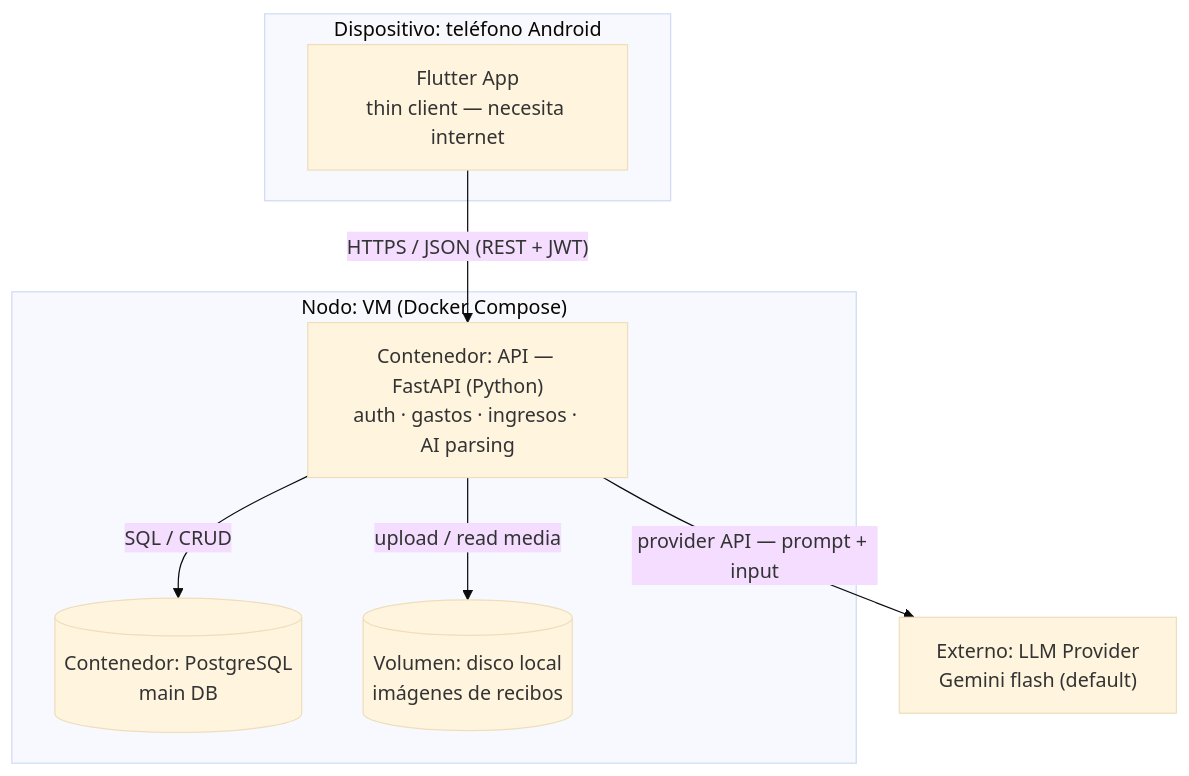
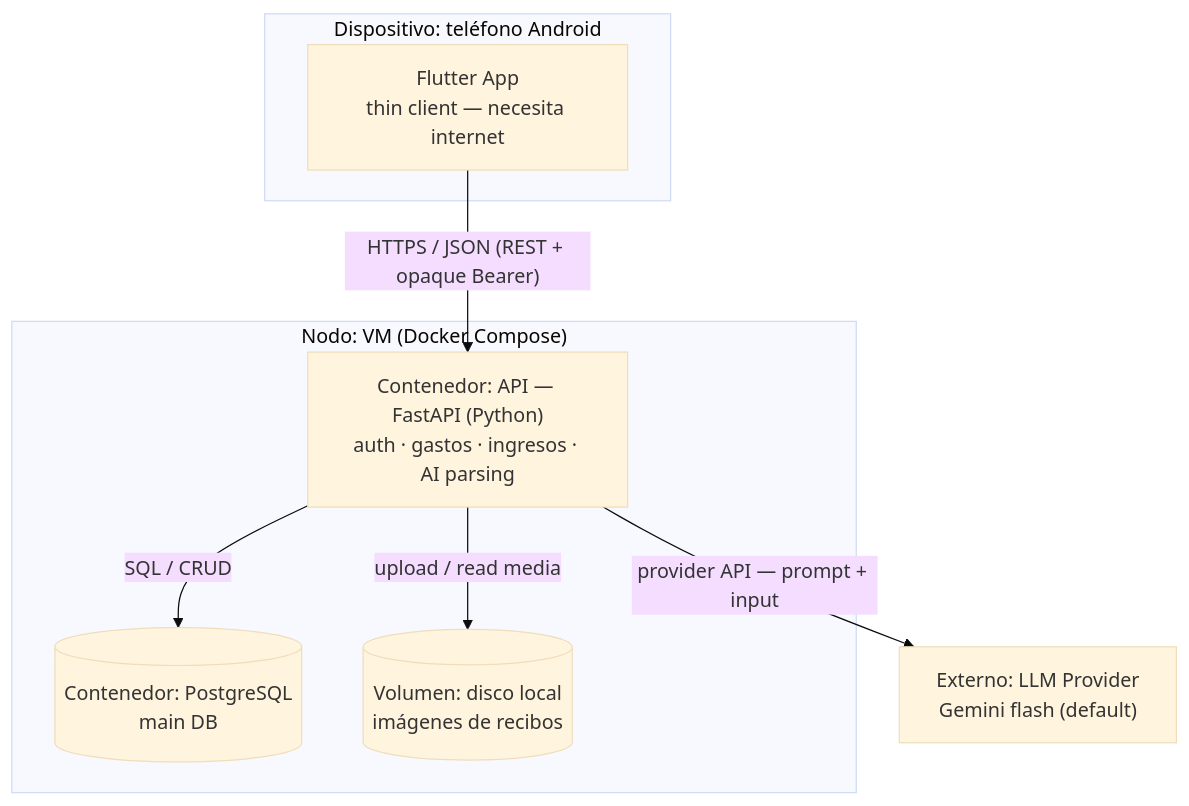
The fifth of 8 diagrams in docs/UML.md (NullCorvus/finance-ai), drawn with Mermaid (base theme) before and after one commit. The commit also changed other lines of this file and 4 other files, not shown here.

Commit message:
docs: reconcile technical architecture with implemented services

````diff
--- a/docs/UML.md
+++ b/docs/UML.md
@@ -201,19 +217,19 @@
 ```mermaid
 flowchart TD
     subgraph DevicePhone["Dispositivo: teléfono Android"]
         App["Flutter App<br/>thin client — necesita internet"]
     end
 
     subgraph NodeVM["Nodo: VM (Docker Compose)"]
         API["Contenedor: API — FastAPI (Python)<br/>auth · gastos · ingresos · AI parsing"]
         DB[("Contenedor: PostgreSQL<br/>main DB")]
         FS[("Volumen: disco local<br/>imágenes de recibos")]
     end
 
     LLM["Externo: LLM Provider<br/>Gemini flash (default)"]
 
-    App -->|"HTTPS / JSON (REST + JWT)"| API
+    App -->|"HTTPS / JSON (REST + opaque Bearer)"| API
     API -->|"SQL / CRUD"| DB
     API -->|"upload / read media"| FS
     API -->|"provider API — prompt + input"| LLM
 ```
````
